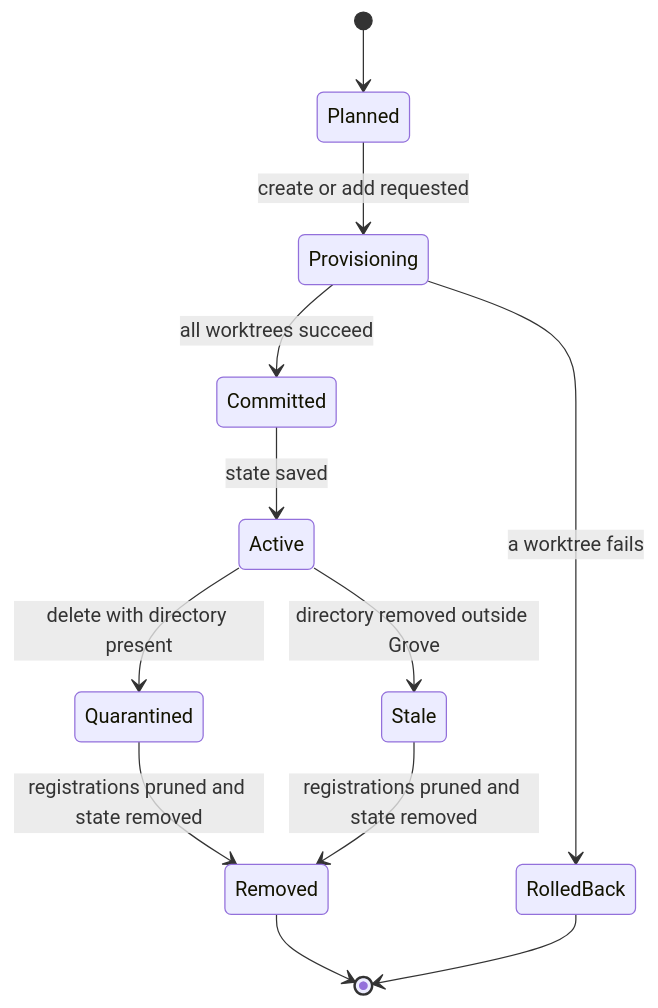
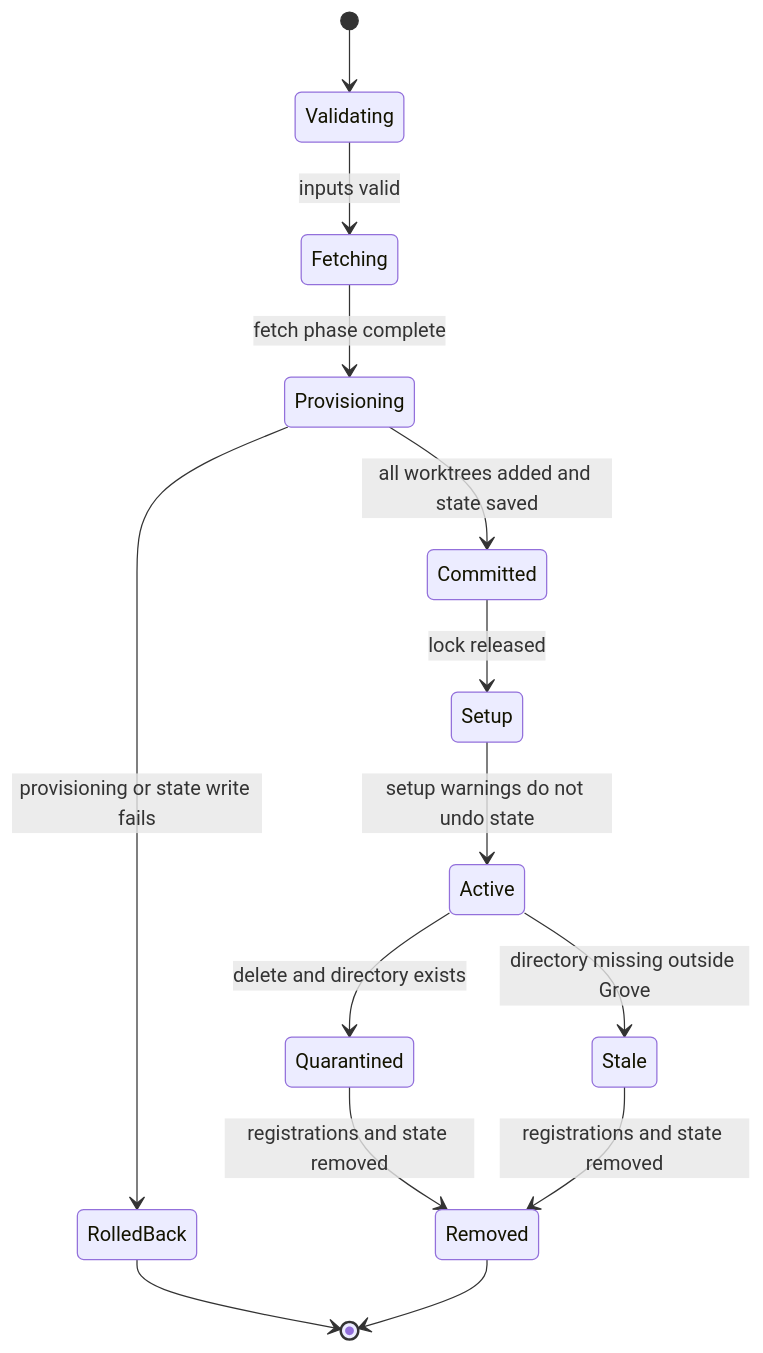
Before and after one commit to nicksenap/grove: the second of 2 diagrams in openwiki/concepts.md, drawn with Mermaid. The commit also changed other lines of this file and 26 other files, not shown here.

````diff
--- a/openwiki/concepts.md
+++ b/openwiki/concepts.md
@@ -93,14 +125,16 @@
 ```mermaid
 stateDiagram-v2
-    [*] --> Planned
-    Planned --> Provisioning: create or add requested
-    Provisioning --> Committed: all worktrees succeed
-    Provisioning --> RolledBack: a worktree fails
-    Committed --> Active: state saved
-    Active --> Quarantined: delete with directory present
-    Active --> Stale: directory removed outside Grove
-    Quarantined --> Removed: registrations pruned and state removed
-    Stale --> Removed: registrations pruned and state removed
+    [*] --> Validating
+    Validating --> Fetching: inputs valid
+    Fetching --> Provisioning: fetch phase complete
+    Provisioning --> Committed: all worktrees added and state saved
+    Provisioning --> RolledBack: provisioning or state write fails
+    Committed --> Setup: lock released
+    Setup --> Active: setup warnings do not undo state
+    Active --> Quarantined: delete and directory exists
+    Active --> Stale: directory missing outside Grove
+    Quarantined --> Removed: registrations and state removed
+    Stale --> Removed: registrations and state removed
+    RolledBack --> [*]
     Removed --> [*]
-    RolledBack --> [*]
 ```
````
